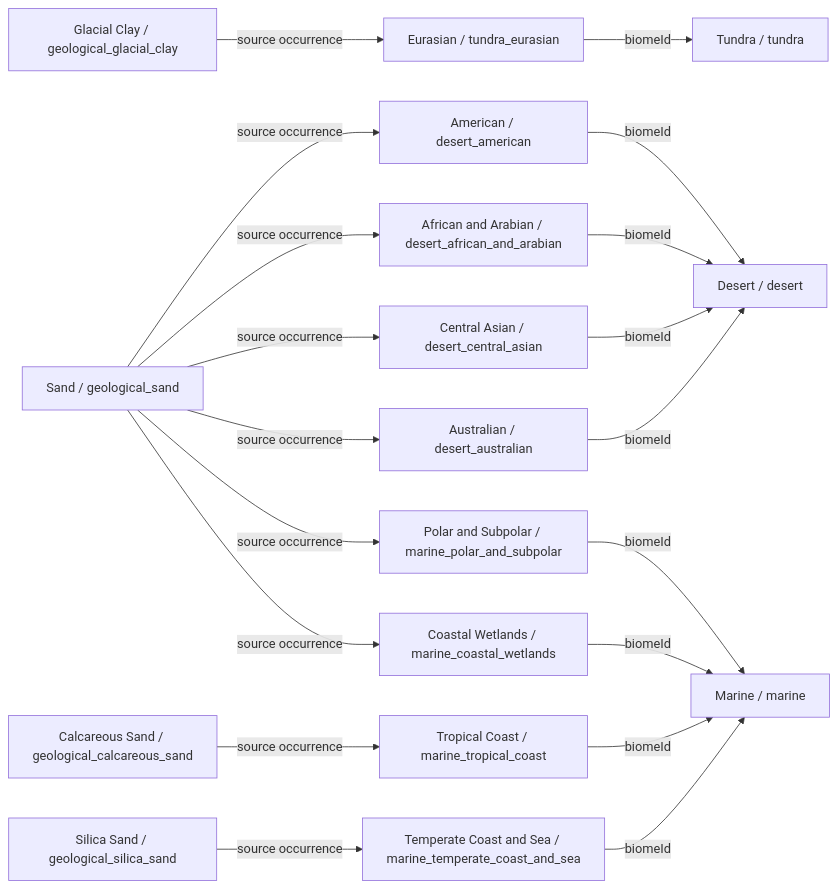
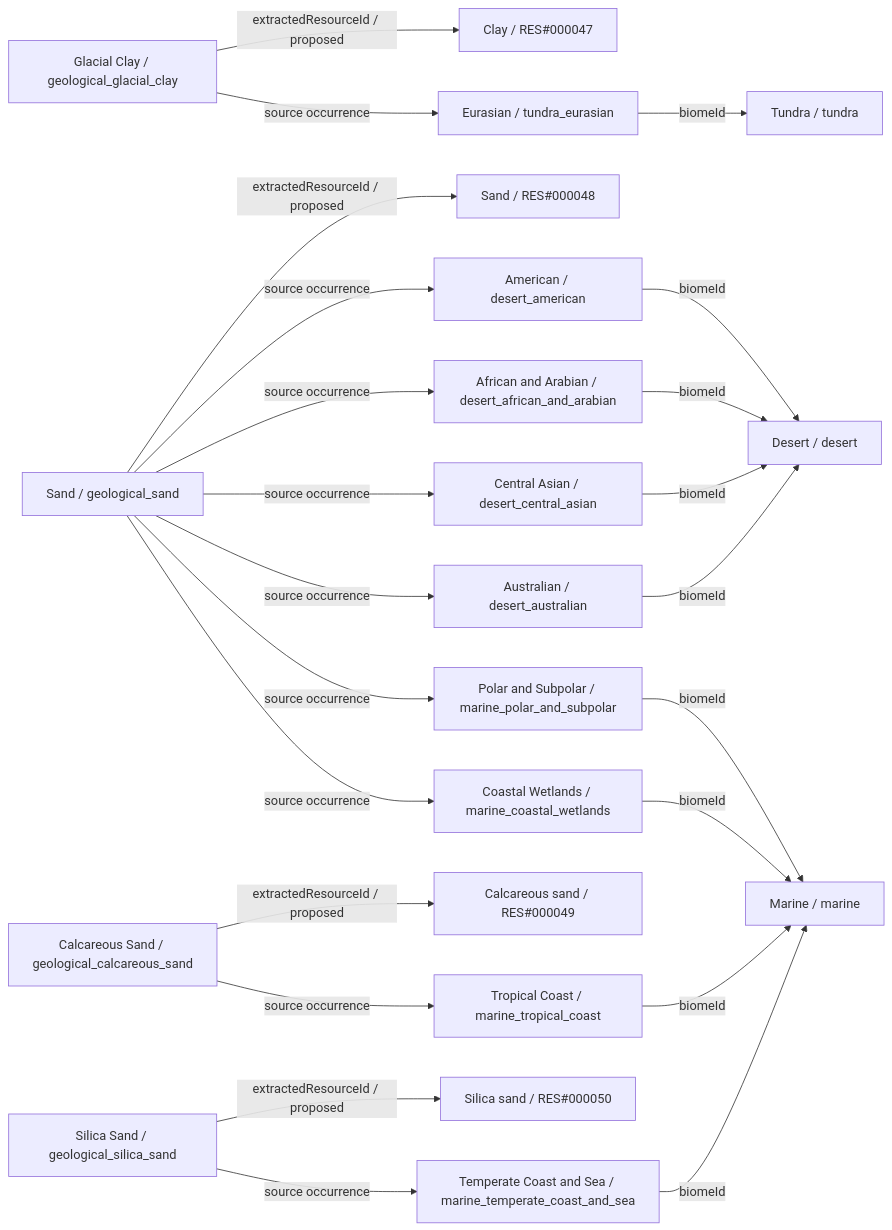
One commit to fgabo404/EvolveDoc changed the second of 15 diagrams in data/minerals/DIAGRAMS.md. Above: the diagram before and after it, drawn with Mermaid. The commit also changed other lines of this file and 50 other files, not shown here.

````diff
--- a/data/minerals/DIAGRAMS.md
+++ b/data/minerals/DIAGRAMS.md
@@ -137,37 +145,45 @@
 ```mermaid
 flowchart LR
     c0["Glacial Clay / geological_glacial_clay"]
     v9["Eurasian / tundra_eurasian"]
     b2["Tundra / tundra"]
+    r0["Clay / RES#000047"]
     c1["Sand / geological_sand"]
     v15["American / desert_american"]
     b4["Desert / desert"]
     v16["African and Arabian / desert_african_and_arabian"]
     v17["Central Asian / desert_central_asian"]
     v18["Australian / desert_australian"]
     v21["Polar and Subpolar / marine_polar_and_subpolar"]
     b5["Marine / marine"]
     v22["Coastal Wetlands / marine_coastal_wetlands"]
+    r1["Sand / RES#000048"]
     c2["Calcareous Sand / geological_calcareous_sand"]
     v19["Tropical Coast / marine_tropical_coast"]
+    r2["Calcareous sand / RES#000049"]
     c3["Silica Sand / geological_silica_sand"]
     v20["Temperate Coast and Sea / marine_temperate_coast_and_sea"]
+    r3["Silica sand / RES#000050"]
+    c0 -->|extractedResourceId / proposed| r0
     c0 -->|source occurrence| v9
+    c1 -->|extractedResourceId / proposed| r1
     c1 -->|source occurrence| v15
     c1 -->|source occurrence| v16
     c1 -->|source occurrence| v17
     c1 -->|source occurrence| v18
     c1 -->|source occurrence| v21
     c1 -->|source occurrence| v22
+    c2 -->|extractedResourceId / proposed| r2
     c2 -->|source occurrence| v19
+    c3 -->|extractedResourceId / proposed| r3
     c3 -->|source occurrence| v20
     v15 -->|biomeId| b4
     v16 -->|biomeId| b4
     v17 -->|biomeId| b4
     v18 -->|biomeId| b4
     v19 -->|biomeId| b5
     v20 -->|biomeId| b5
     v21 -->|biomeId| b5
     v22 -->|biomeId| b5
     v9 -->|biomeId| b2
 ```
````
